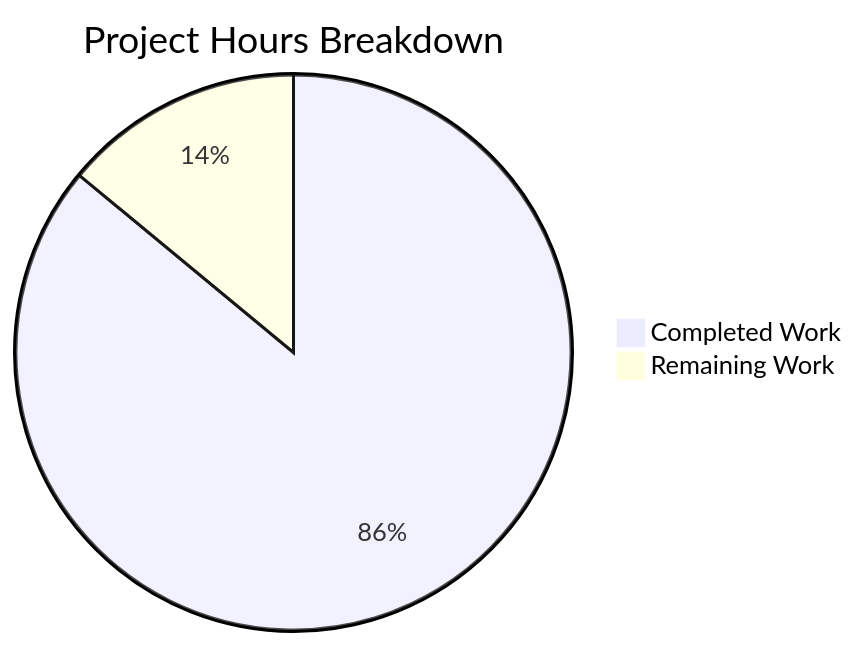
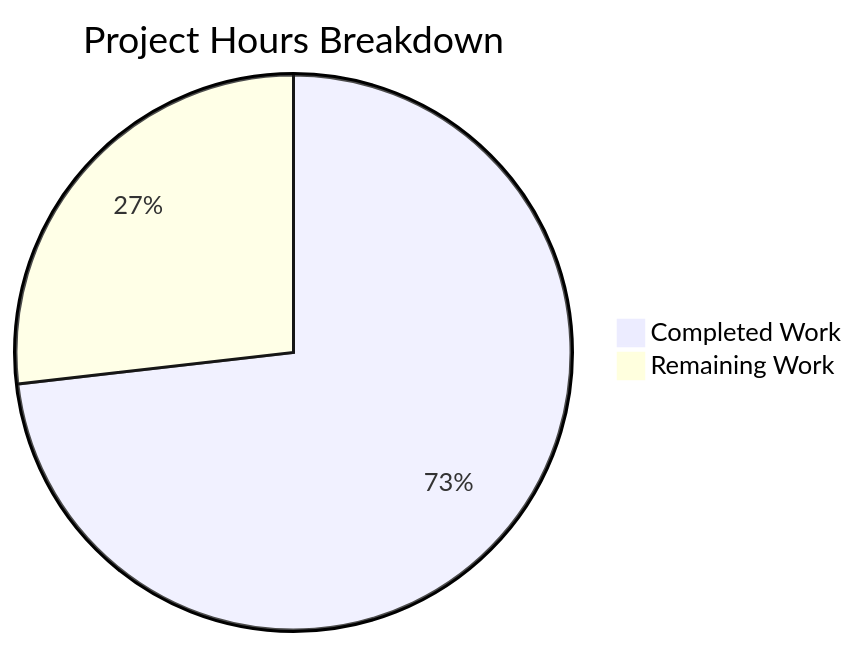
The second of 2 diagrams in blitzy/documentation/Project Guide.md (Blitzy-Sandbox/blitzy-SplendidCRM), drawn with Mermaid before and after one commit. The commit also changed other lines of this file, not shown here.

Commit message:
Adding Blitzy Project Guide: Project Status and Human Tasks Remaining

````diff
--- a/blitzy/documentation/Project Guide.md
+++ b/blitzy/documentation/Project Guide.md
@@ -248,5 +220,5 @@
 ```mermaid
 pie title Project Hours Breakdown
     "Completed Work" : 172
-    "Remaining Work" : 28
+    "Remaining Work" : 63
 ```
````
